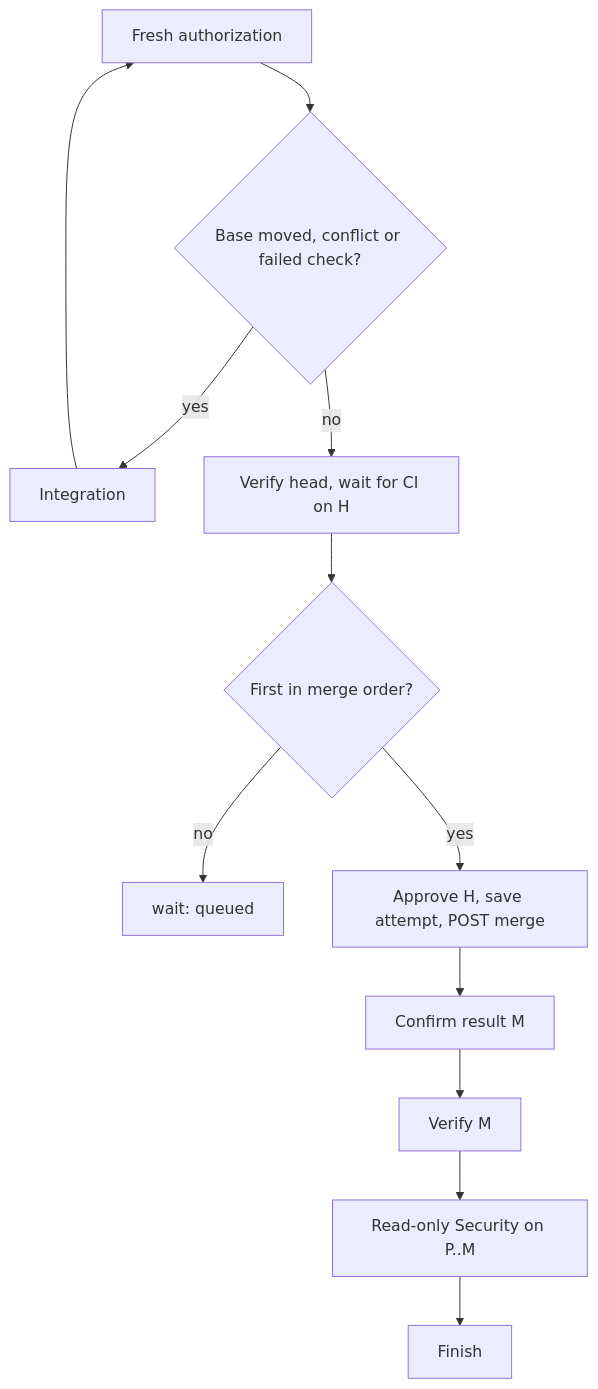
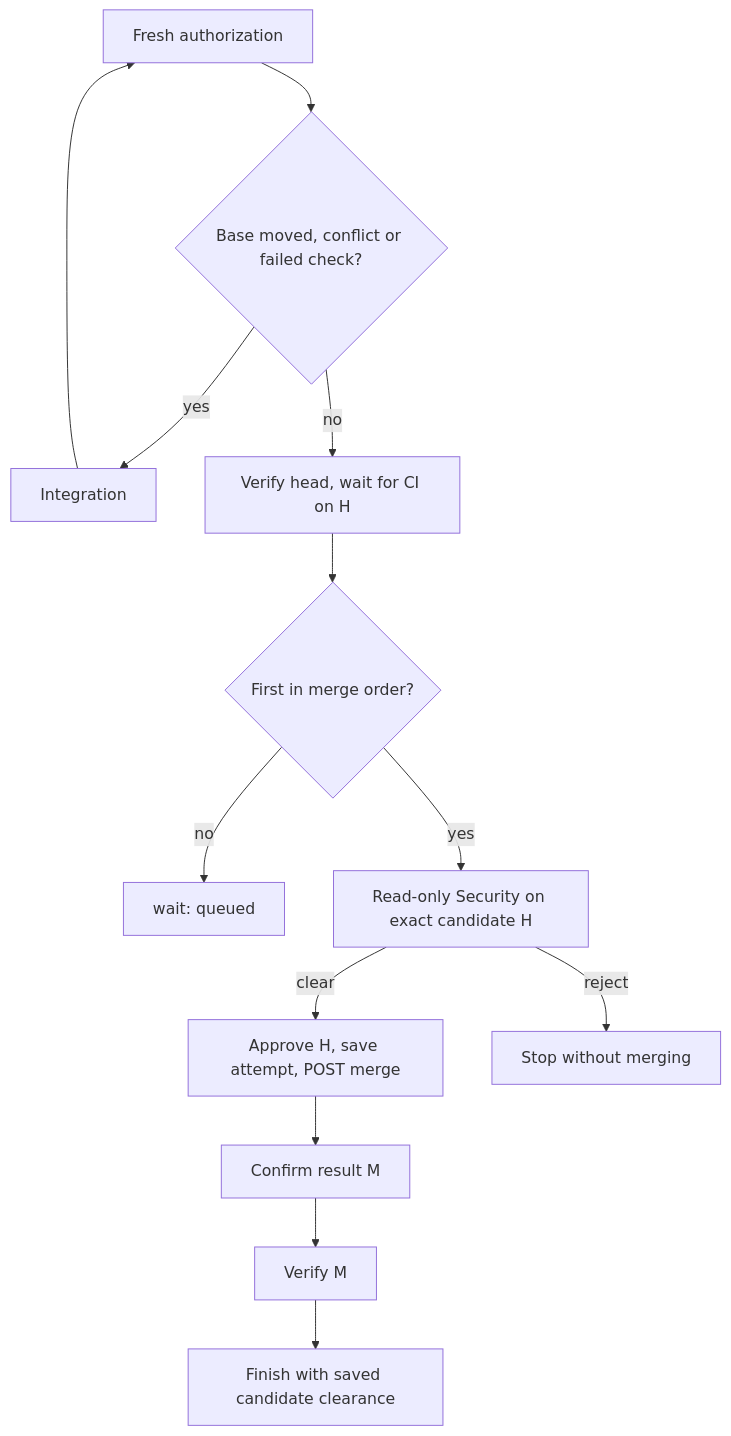
Before and after one commit to axolotl-logic-io/ecosystem: the diagram in docs/reference/merge.md, drawn with Mermaid. The commit also changed other lines of this file and 29 other files, not shown here.

Commit message:
Update Security prompts and migration regressions for premerge clearance

````diff
--- a/docs/reference/merge.md
+++ b/docs/reference/merge.md
@@ -13,13 +13,14 @@
 ```mermaid
 flowchart TD
   A[Fresh authorization] --> B{Base moved, conflict or failed check?}
   B -- yes --> I[Integration] --> A
   B -- no --> C[Verify head, wait for CI on H]
   C --> Q{First in merge order?}
   Q -- no --> W[wait: queued]
-  Q -- yes --> P[Approve H, save attempt, POST merge]
+  Q -- yes --> S[Read-only Security on exact candidate H]
+  S -- clear --> P[Approve H, save attempt, POST merge]
+  S -- reject --> X[Stop without merging]
   P --> R[Confirm result M]
   R --> V[Verify M]
-  V --> S[Read-only Security on P..M]
-  S --> F[Finish]
+  V --> F[Finish with saved candidate clearance]
 ```
````
